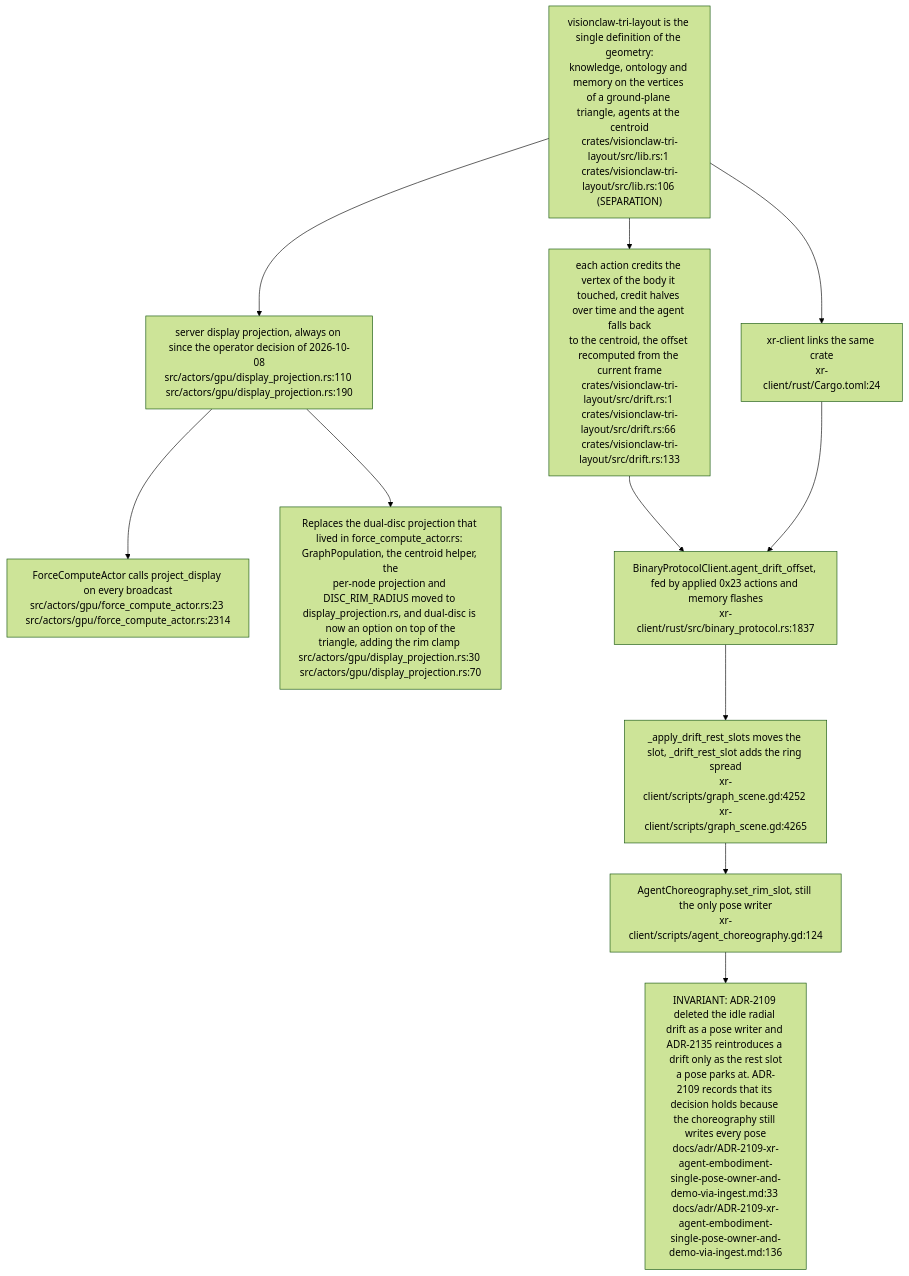
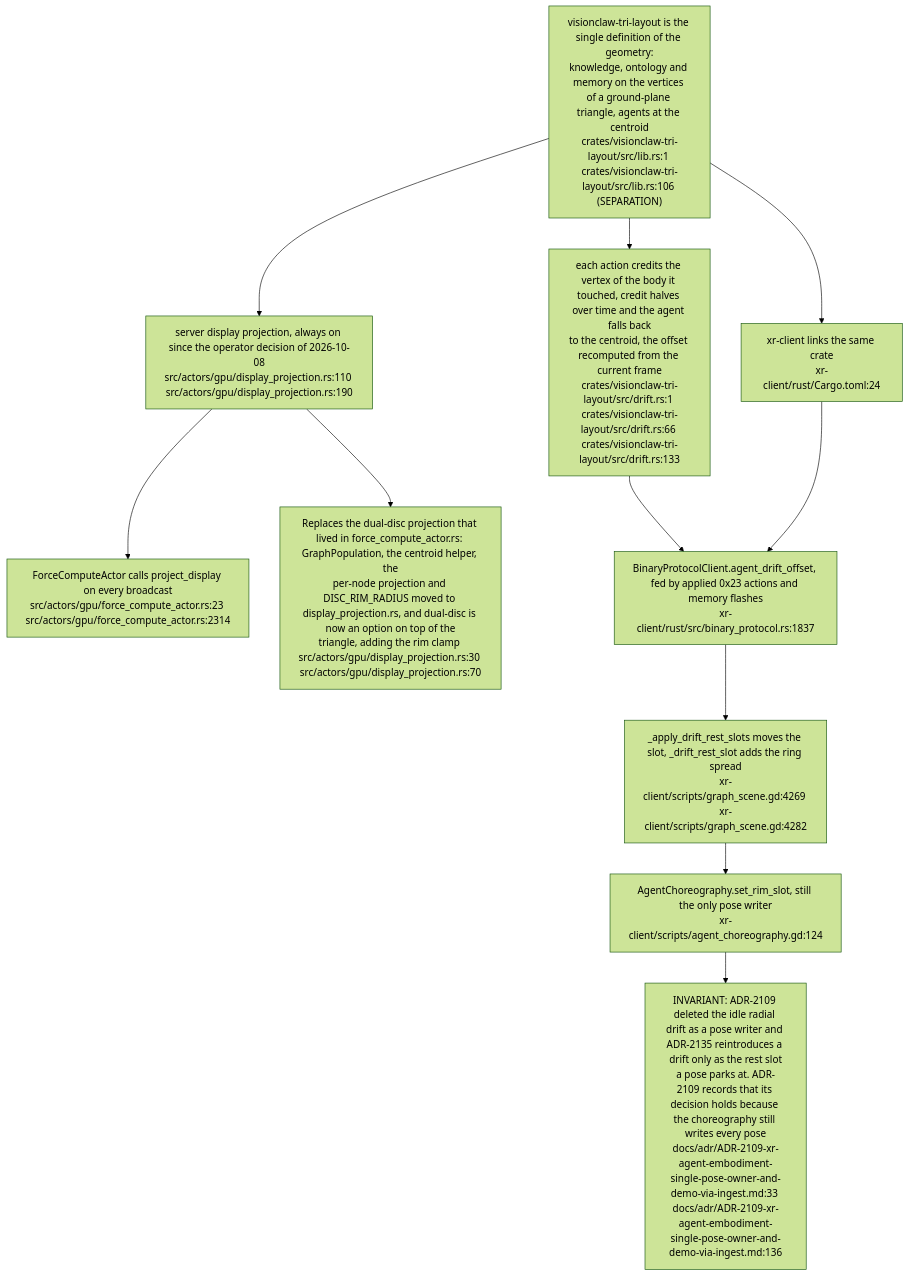
Before and after one commit to DreamLab-AI/VisionFlow: diagram 25 of 30 in docs/diagrams/visionclaw/36-godot-xr-client.md, drawn with Mermaid (forest theme). The commit also changed other lines of this file and 49 other files, not shown here.

First line of the commit message:
docs(diagrams): re-derive and re-stamp VisionClaw, estate, knowledge-graph, visionGraph, VisionFlow and sidestr topics

````diff
--- a/docs/diagrams/visionclaw/36-godot-xr-client.md
+++ b/docs/diagrams/visionclaw/36-godot-xr-client.md
@@ -1290,21 +1290,21 @@
 ```mermaid
 flowchart TB
     TRI["visionclaw-tri-layout is the single definition of the geometry:<br/>knowledge, ontology and memory on the vertices of a ground-plane triangle, agents at the centroid<br/>crates/visionclaw-tri-layout/src/lib.rs:1 crates/visionclaw-tri-layout/src/lib.rs:106 (SEPARATION)"]
     SRV["server display projection, always on since the operator decision of 2026-10-08<br/>src/actors/gpu/display_projection.rs:110 src/actors/gpu/display_projection.rs:190"]
     FCA["ForceComputeActor calls project_display on every broadcast<br/>src/actors/gpu/force_compute_actor.rs:23 src/actors/gpu/force_compute_actor.rs:2314"]
     DRIFT["each action credits the vertex of the body it touched, credit halves over time and the agent falls back<br/>to the centroid, the offset recomputed from the current frame<br/>crates/visionclaw-tri-layout/src/drift.rs:1 crates/visionclaw-tri-layout/src/drift.rs:66 crates/visionclaw-tri-layout/src/drift.rs:133"]
     CLI["xr-client links the same crate<br/>xr-client/rust/Cargo.toml:24"]
     BPC["BinaryProtocolClient.agent_drift_offset, fed by applied 0x23 actions and memory flashes<br/>xr-client/rust/src/binary_protocol.rs:1837"]
-    SLOT["_apply_drift_rest_slots moves the slot, _drift_rest_slot adds the ring spread<br/>xr-client/scripts/graph_scene.gd:4252 xr-client/scripts/graph_scene.gd:4265"]
+    SLOT["_apply_drift_rest_slots moves the slot, _drift_rest_slot adds the ring spread<br/>xr-client/scripts/graph_scene.gd:4269 xr-client/scripts/graph_scene.gd:4282"]
     CH["AgentChoreography.set_rim_slot, still the only pose writer<br/>xr-client/scripts/agent_choreography.gd:124"]
 
     TRI --> SRV --> FCA
     TRI --> DRIFT
     TRI --> CLI --> BPC
     DRIFT --> BPC --> SLOT --> CH
 
     N1["Replaces the dual-disc projection that lived in force_compute_actor.rs: GraphPopulation, the centroid helper, the<br/>per-node projection and DISC_RIM_RADIUS moved to display_projection.rs, and dual-disc is now an option on top of the<br/>triangle, adding the rim clamp src/actors/gpu/display_projection.rs:30 src/actors/gpu/display_projection.rs:70"]
     N2["INVARIANT: ADR-2109 deleted the idle radial drift as a pose writer and ADR-2135 reintroduces a drift only as the rest slot<br/>a pose parks at. ADR-2109 records that its decision holds because the choreography still writes every pose<br/>docs/adr/ADR-2109-xr-agent-embodiment-single-pose-owner-and-demo-via-ingest.md:33 docs/adr/ADR-2109-xr-agent-embodiment-single-pose-owner-and-demo-via-ingest.md:136"]
     CH --> N2
     SRV --> N1
 ```
````
